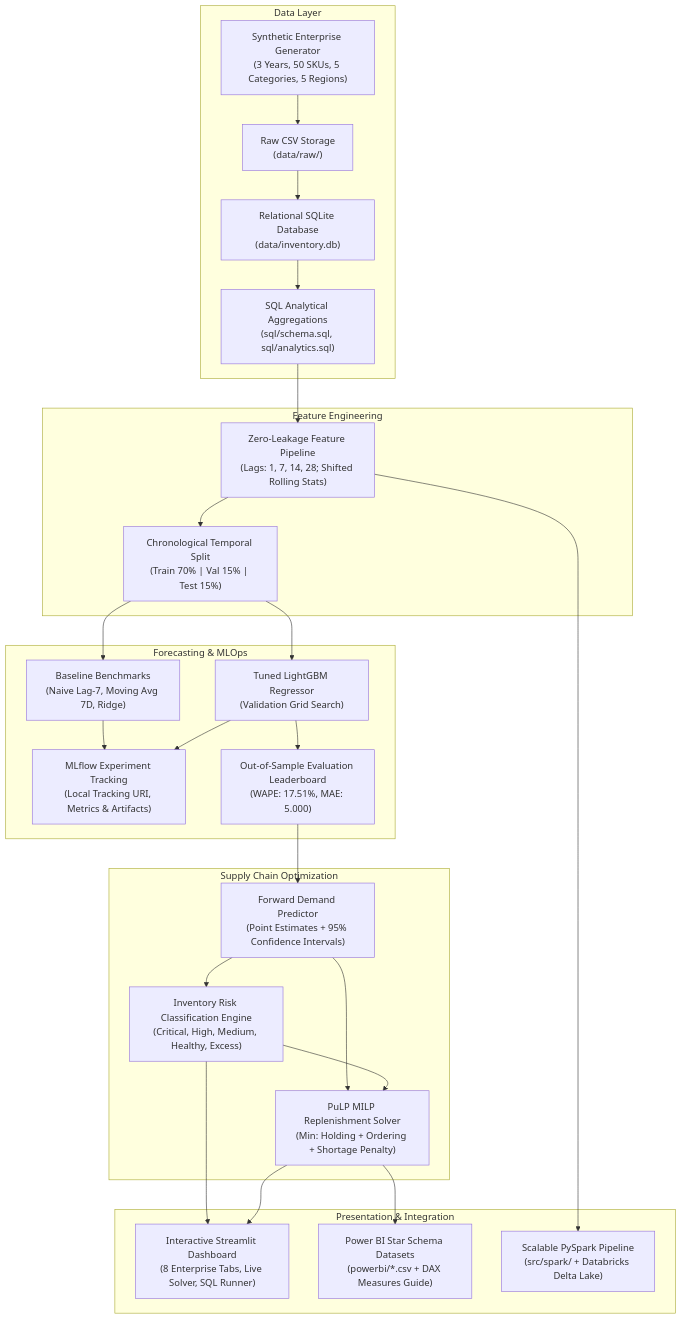
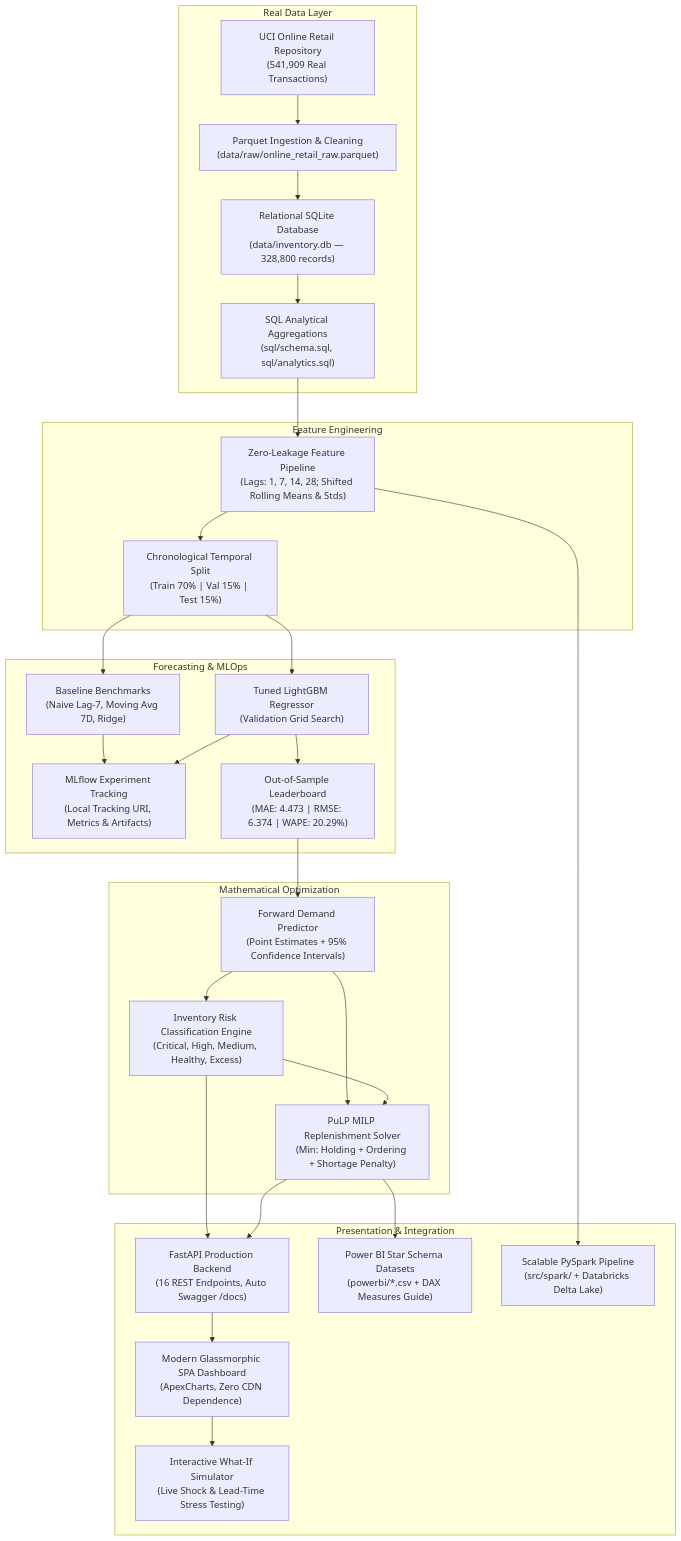
The diagram in README.md (aryarai05/inventory-ai), drawn with Mermaid before and after one commit. The commit also changed other lines of this file, not shown here.

Commit message:
docs: update README with real UCI dataset details and GitHub deployment guide

````diff
--- a/README.md
+++ b/README.md
@@ -34,32 +36,34 @@
 ```mermaid
 flowchart TD
-    subgraph Data Layer
-        A1["Synthetic Enterprise Generator<br/>(3 Years, 50 SKUs, 5 Categories, 5 Regions)"] --> A2["Raw CSV Storage<br/>(data/raw/)"]
-        A2 --> A3["Relational SQLite Database<br/>(data/inventory.db)"]
+    subgraph Real Data Layer
+        A1["UCI Online Retail Repository<br/>(541,909 Real Transactions)"] --> A2["Parquet Ingestion & Cleaning<br/>(data/raw/online_retail_raw.parquet)"]
+        A2 --> A3["Relational SQLite Database<br/>(data/inventory.db — 328,800 records)"]
         A3 --> A4["SQL Analytical Aggregations<br/>(sql/schema.sql, sql/analytics.sql)"]
     end
 
     subgraph Feature Engineering
-        A4 --> B1["Zero-Leakage Feature Pipeline<br/>(Lags: 1, 7, 14, 28; Shifted Rolling Stats)"]
+        A4 --> B1["Zero-Leakage Feature Pipeline<br/>(Lags: 1, 7, 14, 28; Shifted Rolling Means & Stds)"]
         B1 --> B2["Chronological Temporal Split<br/>(Train 70% | Val 15% | Test 15%)"]
     end
 
     subgraph Forecasting & MLOps
         B2 --> C1["Baseline Benchmarks<br/>(Naive Lag-7, Moving Avg 7D, Ridge)"]
         B2 --> C2["Tuned LightGBM Regressor<br/>(Validation Grid Search)"]
         C1 & C2 --> C3["MLflow Experiment Tracking<br/>(Local Tracking URI, Metrics & Artifacts)"]
-        C2 --> C4["Out-of-Sample Evaluation Leaderboard<br/>(WAPE: 17.51%, MAE: 5.000)"]
+        C2 --> C4["Out-of-Sample Leaderboard<br/>(MAE: 4.473 | RMSE: 6.374 | WAPE: 20.29%)"]
     end
 
-    subgraph Supply Chain Optimization
+    subgraph Mathematical Optimization
         C4 --> D1["Forward Demand Predictor<br/>(Point Estimates + 95% Confidence Intervals)"]
         D1 --> D2["Inventory Risk Classification Engine<br/>(Critical, High, Medium, Healthy, Excess)"]
         D1 & D2 --> D3["PuLP MILP Replenishment Solver<br/>(Min: Holding + Ordering + Shortage Penalty)"]
     end
 
     subgraph Presentation & Integration
-        D2 & D3 --> E1["Interactive Streamlit Dashboard<br/>(8 Enterprise Tabs, Live Solver, SQL Runner)"]
-        D3 --> E2["Power BI Star Schema Datasets<br/>(powerbi/*.csv + DAX Measures Guide)"]
-        B1 --> E3["Scalable PySpark Pipeline<br/>(src/spark/ + Databricks Delta Lake)"]
+        D2 & D3 --> E1["FastAPI Production Backend<br/>(16 REST Endpoints, Auto Swagger /docs)"]
+        E1 --> E2["Modern Glassmorphic SPA Dashboard<br/>(ApexCharts, Zero CDN Dependence)"]
+        E2 --> E3["Interactive What-If Simulator<br/>(Live Shock & Lead-Time Stress Testing)"]
+        D3 --> E4["Power BI Star Schema Datasets<br/>(powerbi/*.csv + DAX Measures Guide)"]
+        B1 --> E5["Scalable PySpark Pipeline<br/>(src/spark/ + Databricks Delta Lake)"]
     end
 ```
````
